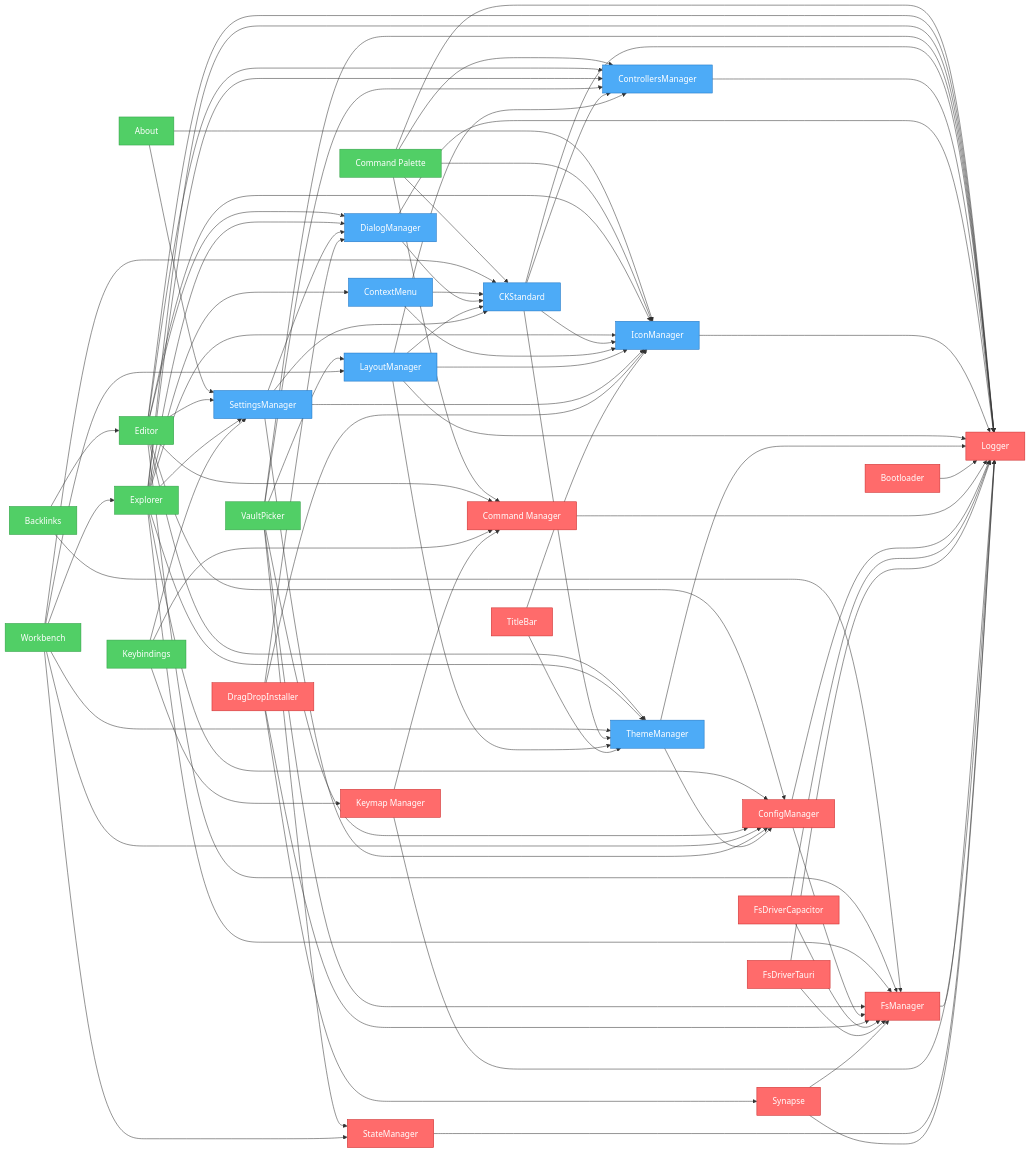
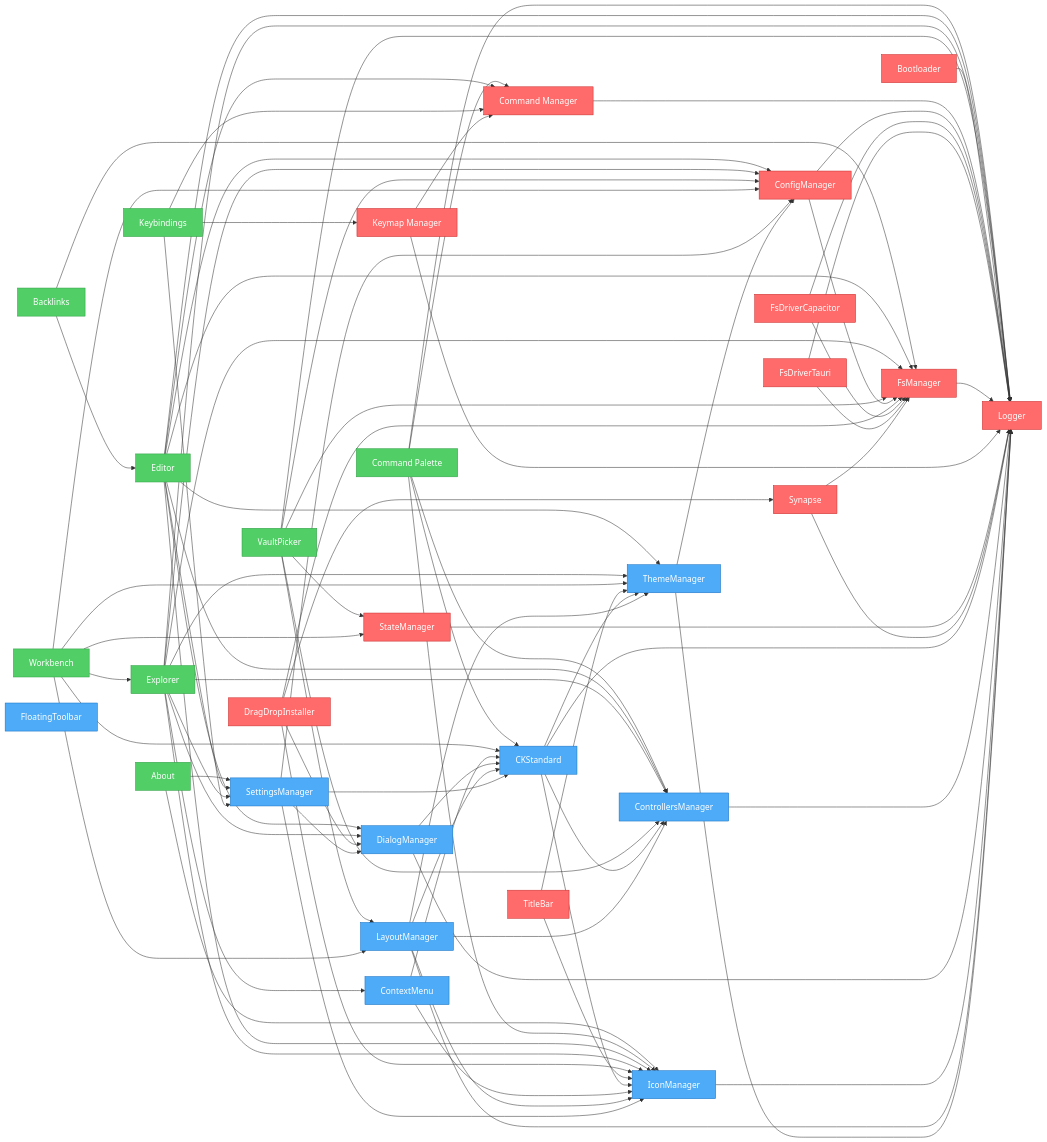
The diagram in artifacts/graph.mmd (khton-tech/notehub.md), drawn with Mermaid before and after one commit. The commit also changed 32 other files, not shown here.

Commit message:
feat: Introduce the `context-manager` system plugin to provide context-aware state for conditional UI/commands, defining its API contract and integrating it into core and host applications.

```diff
--- a/artifacts/graph.mmd
+++ b/artifacts/graph.mmd
@@ -1,121 +1,122 @@
 flowchart LR
     nh_features_about["About"]
     nh_features_backlinks["Backlinks"]
     nh_features_command-palette["Command Palette"]
     nh_features_editor["Editor"]
     nh_features_explorer["Explorer"]
     nh_features_keybindings["Keybindings"]
     nh_features_vault-picker["VaultPicker"]
     nh_features_workbench["Workbench"]
-    nh_ui_ck-standard["CKStandard"]
-    nh_ui_context-menu["ContextMenu"]
-    nh_ui_controllers-manager["ControllersManager"]
-    nh_ui_dialog-manager["DialogManager"]
-    nh_ui_icon-manager["IconManager"]
-    nh_ui_layout-manager["LayoutManager"]
-    nh_ui_settings-manager["SettingsManager"]
-    nh_ui_theme-manager["ThemeManager"]
     nh_system_bootloader["Bootloader"]
     nh_system_command-manager["Command Manager"]
     nh_system_config-manager["ConfigManager"]
     nh_system_drag-drop["DragDropInstaller"]
     nh_system_fs-driver-capacitor["FsDriverCapacitor"]
     nh_system_fs-driver-tauri["FsDriverTauri"]
     nh_system_fs-manager["FsManager"]
     nh_system_keymap["Keymap Manager"]
     nh_system_logger["Logger"]
     nh_system_state-manager["StateManager"]
     nh_system_synapse["Synapse"]
     nh_system_titlebar["TitleBar"]
+    nh_ui_ck-standard["CKStandard"]
+    nh_ui_context-menu["ContextMenu"]
+    nh_ui_controllers-manager["ControllersManager"]
+    nh_ui_dialog-manager["DialogManager"]
+    nh_ui_floating-toolbar["FloatingToolbar"]
+    nh_ui_icon-manager["IconManager"]
+    nh_ui_layout-manager["LayoutManager"]
+    nh_ui_settings-manager["SettingsManager"]
+    nh_ui_theme-manager["ThemeManager"]
     nh_features_about --> nh_ui_settings-manager
     nh_features_about --> nh_ui_icon-manager
     nh_features_backlinks --> nh_features_editor
     nh_features_backlinks --> nh_system_fs-manager
     nh_features_command-palette --> nh_system_command-manager
     nh_features_command-palette --> nh_system_logger
     nh_features_command-palette --> nh_ui_controllers-manager
     nh_features_command-palette --> nh_ui_ck-standard
     nh_features_command-palette --> nh_ui_icon-manager
     nh_features_editor --> nh_system_config-manager
     nh_features_editor --> nh_system_command-manager
     nh_features_editor --> nh_ui_settings-manager
     nh_features_editor --> nh_system_fs-manager
     nh_features_editor --> nh_system_logger
     nh_features_editor --> nh_ui_controllers-manager
     nh_features_editor --> nh_ui_dialog-manager
     nh_features_editor --> nh_ui_icon-manager
     nh_features_editor --> nh_ui_theme-manager
     nh_features_explorer --> nh_system_config-manager
     nh_features_explorer --> nh_ui_settings-manager
     nh_features_explorer --> nh_system_fs-manager
     nh_features_explorer --> nh_system_logger
     nh_features_explorer --> nh_ui_controllers-manager
     nh_features_explorer --> nh_ui_icon-manager
     nh_features_explorer --> nh_ui_theme-manager
     nh_features_explorer --> nh_ui_context-menu
     nh_features_explorer --> nh_ui_dialog-manager
     nh_features_keybindings --> nh_ui_settings-manager
     nh_features_keybindings --> nh_system_command-manager
     nh_features_keybindings --> nh_system_keymap
     nh_features_vault-picker --> nh_system_fs-manager
     nh_features_vault-picker --> nh_system_config-manager
     nh_features_vault-picker --> nh_system_state-manager
     nh_features_vault-picker --> nh_system_logger
     nh_features_vault-picker --> nh_ui_controllers-manager
     nh_features_vault-picker --> nh_ui_layout-manager
     nh_features_workbench --> nh_system_config-manager
     nh_features_workbench --> nh_ui_layout-manager
     nh_features_workbench --> nh_ui_theme-manager
     nh_features_workbench --> nh_ui_ck-standard
     nh_features_workbench --> nh_system_state-manager
     nh_features_workbench --> nh_features_explorer
+    nh_system_bootloader --> nh_system_logger
+    nh_system_command-manager --> nh_system_logger
+    nh_system_config-manager --> nh_system_logger
+    nh_system_config-manager --> nh_system_fs-manager
+    nh_system_drag-drop --> nh_ui_icon-manager
+    nh_system_drag-drop --> nh_ui_dialog-manager
+    nh_system_drag-drop --> nh_system_fs-manager
+    nh_system_drag-drop --> nh_system_synapse
+    nh_system_fs-driver-capacitor --> nh_system_logger
+    nh_system_fs-driver-capacitor --> nh_system_fs-manager
+    nh_system_fs-driver-tauri --> nh_system_logger
+    nh_system_fs-driver-tauri --> nh_system_fs-manager
+    nh_system_fs-manager --> nh_system_logger
+    nh_system_keymap --> nh_system_command-manager
+    nh_system_keymap --> nh_system_logger
+    nh_system_state-manager --> nh_system_logger
+    nh_system_synapse --> nh_system_fs-manager
+    nh_system_synapse --> nh_system_logger
+    nh_system_titlebar --> nh_ui_icon-manager
+    nh_system_titlebar --> nh_ui_theme-manager
     nh_ui_ck-standard --> nh_system_logger
     nh_ui_ck-standard --> nh_ui_controllers-manager
     nh_ui_ck-standard --> nh_ui_icon-manager
     nh_ui_ck-standard --> nh_ui_theme-manager
     nh_ui_context-menu --> nh_ui_icon-manager
     nh_ui_context-menu --> nh_ui_ck-standard
     nh_ui_controllers-manager --> nh_system_logger
     nh_ui_dialog-manager --> nh_system_logger
     nh_ui_dialog-manager --> nh_ui_ck-standard
     nh_ui_icon-manager --> nh_system_logger
     nh_ui_layout-manager --> nh_system_logger
     nh_ui_layout-manager --> nh_ui_theme-manager
     nh_ui_layout-manager --> nh_ui_icon-manager
     nh_ui_layout-manager --> nh_ui_controllers-manager
     nh_ui_layout-manager --> nh_ui_ck-standard
     nh_ui_settings-manager --> nh_system_config-manager
     nh_ui_settings-manager --> nh_ui_ck-standard
     nh_ui_settings-manager --> nh_ui_icon-manager
     nh_ui_settings-manager --> nh_ui_dialog-manager
     nh_ui_theme-manager --> nh_system_logger
     nh_ui_theme-manager --> nh_system_config-manager
-    nh_system_bootloader --> nh_system_logger
-    nh_system_command-manager --> nh_system_logger
-    nh_system_config-manager --> nh_system_logger
-    nh_system_config-manager --> nh_system_fs-manager
-    nh_system_drag-drop --> nh_ui_icon-manager
-    nh_system_drag-drop --> nh_ui_dialog-manager
-    nh_system_drag-drop --> nh_system_fs-manager
-    nh_system_drag-drop --> nh_system_synapse
-    nh_system_fs-driver-capacitor --> nh_system_logger
-    nh_system_fs-driver-capacitor --> nh_system_fs-manager
-    nh_system_fs-driver-tauri --> nh_system_logger
-    nh_system_fs-driver-tauri --> nh_system_fs-manager
-    nh_system_fs-manager --> nh_system_logger
-    nh_system_keymap --> nh_system_command-manager
-    nh_system_keymap --> nh_system_logger
-    nh_system_state-manager --> nh_system_logger
-    nh_system_synapse --> nh_system_fs-manager
-    nh_system_synapse --> nh_system_logger
-    nh_system_titlebar --> nh_ui_icon-manager
-    nh_system_titlebar --> nh_ui_theme-manager
 
     %% Styles
     classDef system fill:#ff6b6b,stroke:#c92a2a,color:#fff
     classDef ui fill:#4dabf7,stroke:#1971c2,color:#fff
     classDef feature fill:#51cf66,stroke:#2f9e44,color:#fff
     class nh_features_about,nh_features_backlinks,nh_features_keybindings,nh_features_vault-picker feature
     class nh_features_command-palette,nh_features_editor,nh_features_explorer,nh_features_workbench feature
-    class nh_ui_ck-standard,nh_ui_context-menu,nh_ui_controllers-manager,nh_ui_dialog-manager,nh_ui_icon-manager,nh_ui_layout-manager,nh_ui_settings-manager,nh_ui_theme-manager ui
     class nh_system_bootloader,nh_system_command-manager,nh_system_config-manager,nh_system_drag-drop,nh_system_fs-driver-capacitor,nh_system_fs-driver-tauri,nh_system_fs-manager,nh_system_keymap,nh_system_logger,nh_system_state-manager,nh_system_synapse,nh_system_titlebar system
+    class nh_ui_ck-standard,nh_ui_context-menu,nh_ui_controllers-manager,nh_ui_dialog-manager,nh_ui_floating-toolbar,nh_ui_icon-manager,nh_ui_layout-manager,nh_ui_settings-manager,nh_ui_theme-manager ui
```
